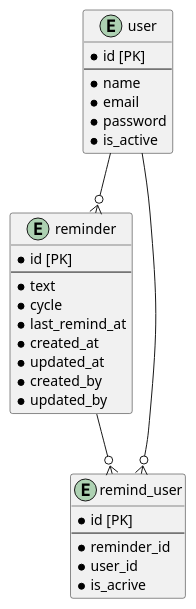
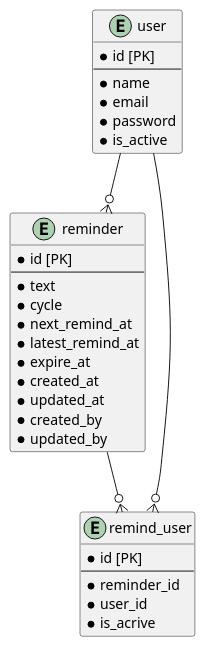
Before and after one commit to marushosummers/PrAhaChallenge: the diagram in database/09_DBモデリング/Task_4.md, drawn with PlantUML. The commit also changed other lines of this file, not shown here.

Commit message:
penpenのreminderを修正

````diff
--- a/database/09_DBモデリング/Task_4.md
+++ b/database/09_DBモデリング/Task_4.md
@@ -31,36 +31,38 @@
 ```plantuml
 @startuml
 Entity user {
   *id [PK]
   --
   *name
   *email
   *password
   *is_active
 }
 
 Entity reminder {
   *id [PK]
   --
   *text
   *cycle
-  *last_remind_at
+  *next_remind_at
+  *latest_remind_at
+  *expire_at
   *created_at
   *updated_at
   *created_by
   *updated_by
 }
 
 Entity remind_user {
   *id [PK]
   --
   *reminder_id
   *user_id
   *is_acrive
 }
 
 user --o{ remind_user
 user --o{ reminder
 reminder --o{ remind_user
 @enduml
 ```
````
